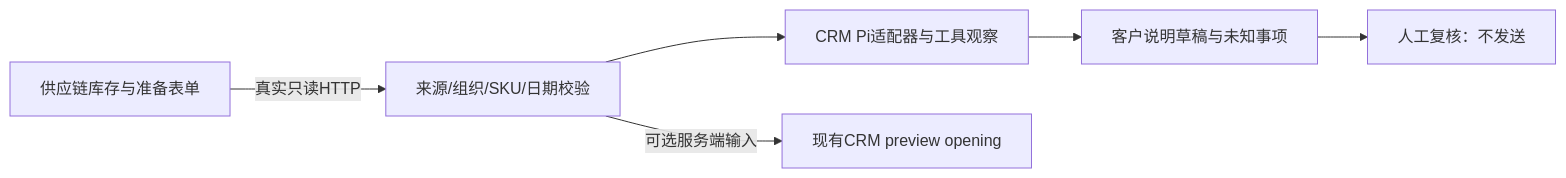
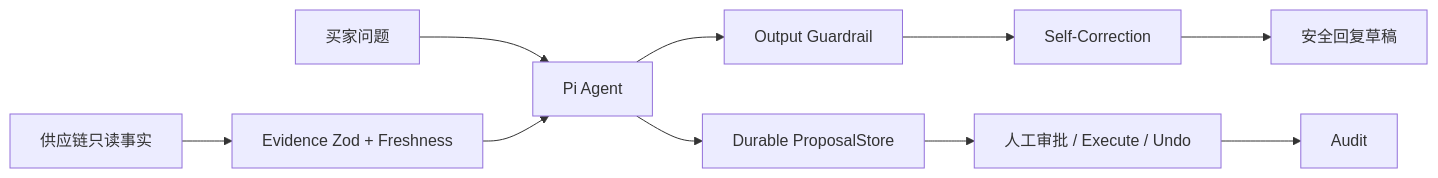
The diagram in README.md (fengyue-xve/commerce-crm-agent), drawn with Mermaid before and after one commit. The commit also changed other lines of this file and 54 other files, not shown here.

Commit message:
docs: normalize portfolio README and architecture

````diff
--- a/README.md
+++ b/README.md
@@ -13,8 +7,12 @@
-```mermaid
+~~~mermaid
 flowchart LR
- A[供应链库存与准备表单] -->|真实只读HTTP| B[来源/组织/SKU/日期校验]
- B --> C[CRM Pi适配器与工具观察]
- C --> D[客户说明草稿与未知事项]
- D --> E[人工复核：不发送]
- B -->|可选服务端输入| F[现有CRM preview opening]
-```
+  S[供应链只读事实] --> E[Evidence Zod + Freshness]
+  Q[买家问题] --> P[Pi Agent]
+  E --> P
+  P --> G[Output Guardrail]
+  G --> C[Self-Correction]
+  C --> D[安全回复草稿]
+  P --> PS[Durable ProposalStore]
+  PS --> H[人工审批 / Execute / Undo]
+  H --> AU[Audit]
+~~~
````
